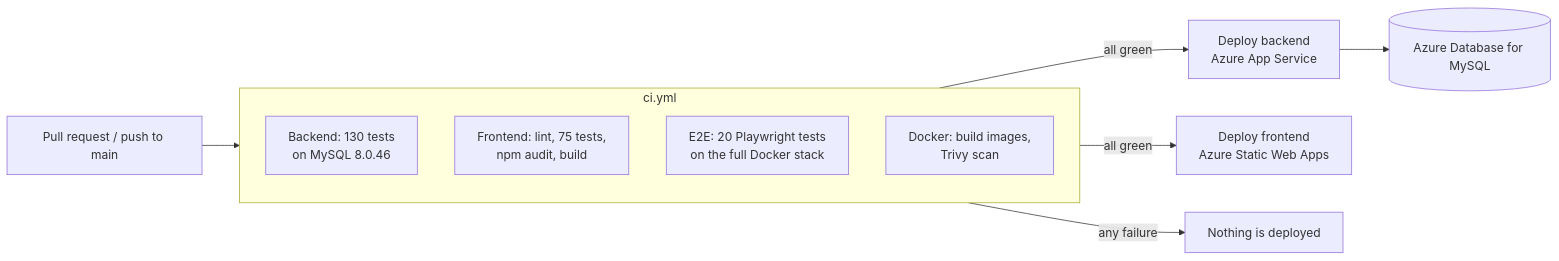
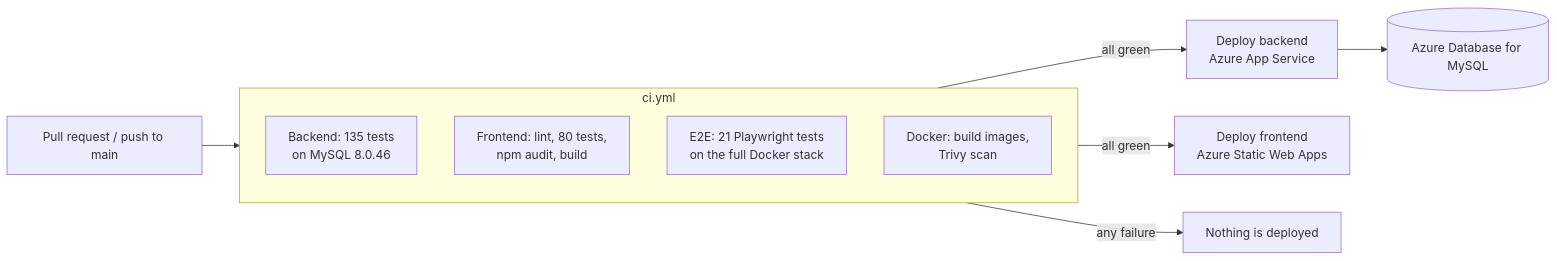
Before and after one commit to Mmeghna10/placementhub: the fourth of 4 diagrams in README.md, drawn with Mermaid. The commit also changed other lines of this file and 45 other files, not shown here.

````diff
--- a/README.md
+++ b/README.md
@@ -345,14 +348,14 @@
 ```mermaid
 flowchart LR
     PR[Pull request / push to main] --> CI
     subgraph CI["ci.yml"]
-        B["Backend: 130 tests<br/>on MySQL 8.0.46"]
-        F["Frontend: lint, 75 tests,<br/>npm audit, build"]
-        E["E2E: 20 Playwright tests<br/>on the full Docker stack"]
+        B["Backend: 135 tests<br/>on MySQL 8.0.46"]
+        F["Frontend: lint, 80 tests,<br/>npm audit, build"]
+        E["E2E: 21 Playwright tests<br/>on the full Docker stack"]
         D["Docker: build images,<br/>Trivy scan"]
     end
     CI -- all green --> DB["Deploy backend<br/>Azure App Service"]
     CI -- all green --> DF["Deploy frontend<br/>Azure Static Web Apps"]
     CI -- any failure --> X["Nothing is deployed"]
     DB --> M[(Azure Database for MySQL)]
 ```
````
